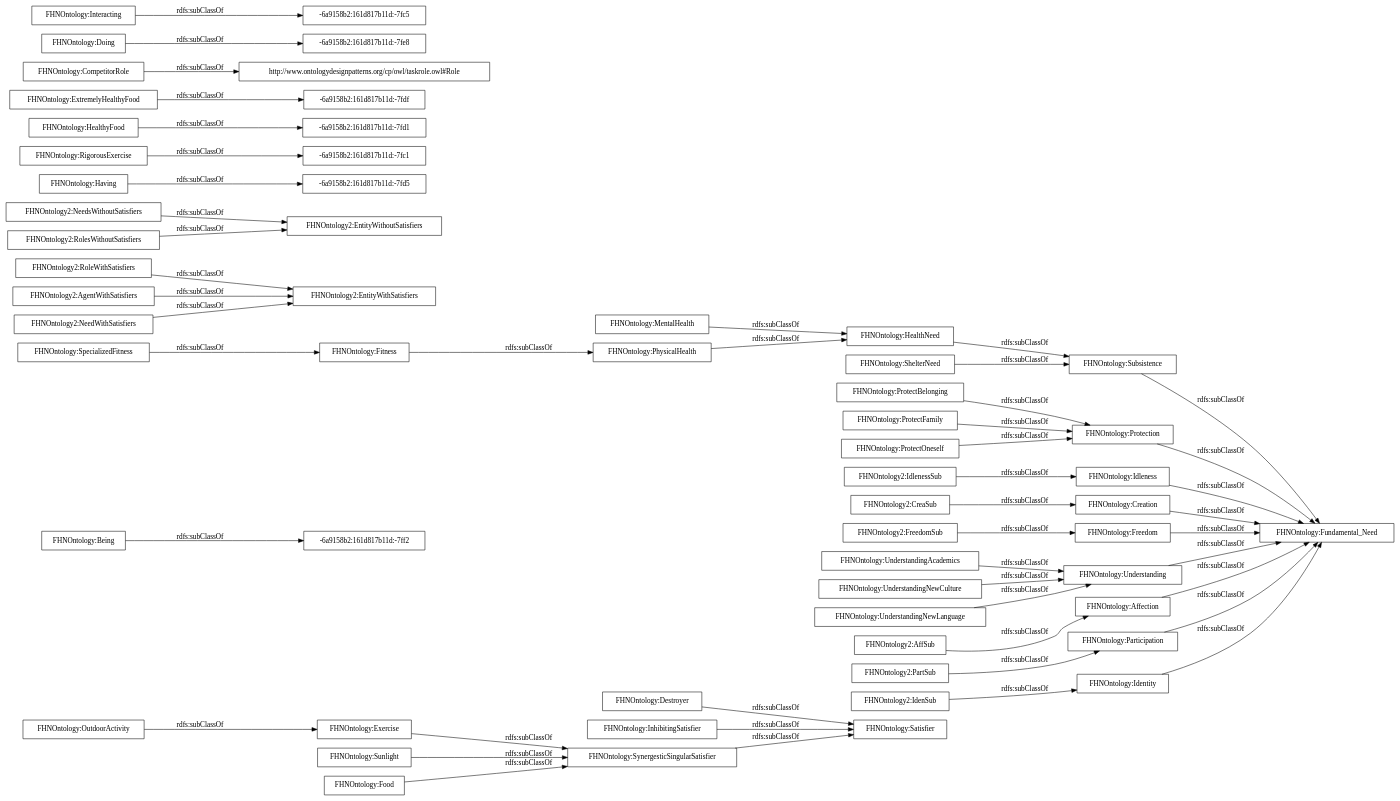
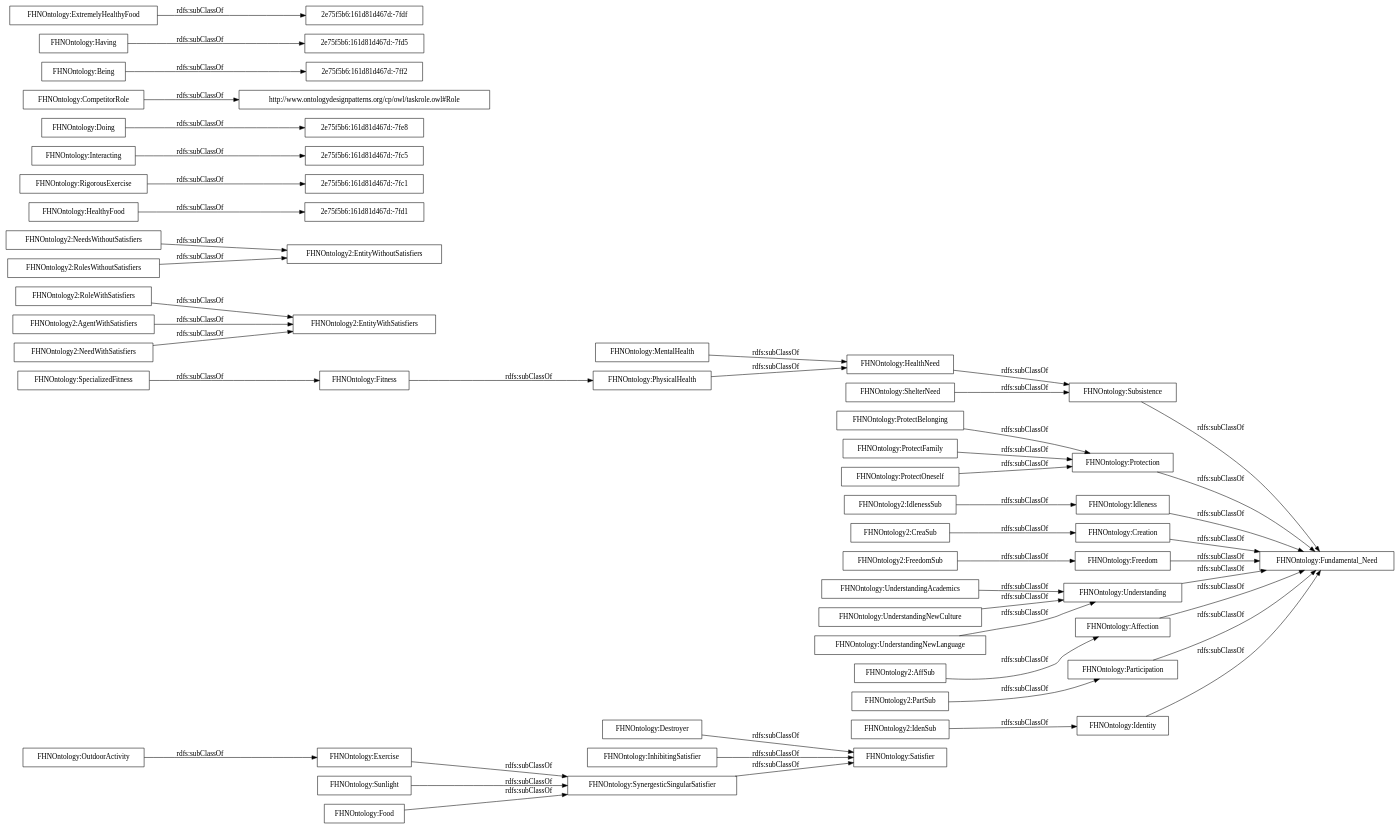
One commit to rana-othman/Huam-Affective-States-and-their-influences-Ontology-HASIO changed the diagram in OnToology/FHNOntology.owl/diagrams/ar2dtool-taxonomy/FHNOntology.owl.png.dot. Above: the diagram before and after it, drawn with Graphviz. The commit also changed 137 other files, not shown here.

```diff
--- a/OnToology/FHNOntology.owl/diagrams/ar2dtool-taxonomy/FHNOntology.owl.png.dot
+++ b/OnToology/FHNOntology.owl/diagrams/ar2dtool-taxonomy/FHNOntology.owl.png.dot
@@ -1,53 +1,53 @@
 digraph ar2dtool_diagram { 
 rankdir=LR;
 size="1000"
-node [shape = rectangle, color="black"]; "FHNOntology:SynergesticSingularSatisfier" "-6a9158b2:161d817b11d:-7ff2" "FHNOntology:Identity" "FHNOntology2:EntityWithSatisfiers" "FHNOntology2:FreedomSub" "FHNOntology2:NeedsWithoutSatisfiers" "-6a9158b2:161d817b11d:-7fd5" "FHNOntology:Exercise" "FHNOntology:ProtectBelonging" "FHNOntology:ProtectFamily" "FHNOntology:Destroyer" "FHNOntology2:IdenSub" "FHNOntology:Subsistence" "FHNOntology:OutdoorActivity" "FHNOntology2:RolesWithoutSatisfiers" "FHNOntology2:CreaSub" "FHNOntology:RigorousExercise" "FHNOntology2:PartSub" "FHNOntology2:RoleWithSatisfiers" "FHNOntology:Fitness" "FHNOntology:Protection" "FHNOntology:Fundamental_Need" "FHNOntology:SpecializedFitness" "-6a9158b2:161d817b11d:-7fd1" "FHNOntology2:EntityWithoutSatisfiers" "-6a9158b2:161d817b11d:-7fdf" "FHNOntology2:IdlenessSub" "http://www.ontologydesignpatterns.org/cp/owl/taskrole.owl#Role" "FHNOntology:UnderstandingAcademics" "FHNOntology:InhibitingSatisfier" "FHNOntology:Idleness" "FHNOntology:Creation" "FHNOntology:Being" "FHNOntology:Freedom" "FHNOntology:UnderstandingNewCulture" "FHNOntology:MentalHealth" "FHNOntology:Understanding" "FHNOntology:HealthyFood" "FHNOntology:Affection" "FHNOntology:Satisfier" "-6a9158b2:161d817b11d:-7fe8" "FHNOntology2:AgentWithSatisfiers" "FHNOntology:UnderstandingNewLanguage" "FHNOntology:HealthNeed" "FHNOntology2:NeedWithSatisfiers" "FHNOntology:PhysicalHealth" "FHNOntology:Doing" "FHNOntology:Interacting" "FHNOntology2:AffSub" "FHNOntology:ShelterNeed" "FHNOntology:CompetitorRole" "FHNOntology:Having" "FHNOntology:ProtectOneself" "FHNOntology:Sunlight" "FHNOntology:Food" "FHNOntology:Participation" "-6a9158b2:161d817b11d:-7fc1" "-6a9158b2:161d817b11d:-7fc5" "FHNOntology:ExtremelyHealthyFood" ; /*classes style*/
-	"FHNOntology:Interacting" -> "-6a9158b2:161d817b11d:-7fc5" [ label = "rdfs:subClassOf" ];
+node [shape = rectangle, color="black"]; "FHNOntology:SynergesticSingularSatisfier" "FHNOntology:Identity" "FHNOntology2:EntityWithSatisfiers" "FHNOntology2:FreedomSub" "FHNOntology2:NeedsWithoutSatisfiers" "FHNOntology:Exercise" "FHNOntology:ProtectBelonging" "FHNOntology:ProtectFamily" "FHNOntology:Destroyer" "FHNOntology2:IdenSub" "FHNOntology:Subsistence" "FHNOntology:OutdoorActivity" "FHNOntology2:RolesWithoutSatisfiers" "2e75f5b6:161d81d467d:-7fd1" "FHNOntology2:CreaSub" "FHNOntology:RigorousExercise" "FHNOntology2:PartSub" "FHNOntology2:RoleWithSatisfiers" "FHNOntology:Fitness" "2e75f5b6:161d81d467d:-7fc5" "FHNOntology:Protection" "2e75f5b6:161d81d467d:-7fe8" "FHNOntology:Fundamental_Need" "FHNOntology:SpecializedFitness" "FHNOntology2:EntityWithoutSatisfiers" "FHNOntology2:IdlenessSub" "http://www.ontologydesignpatterns.org/cp/owl/taskrole.owl#Role" "FHNOntology:UnderstandingAcademics" "FHNOntology:InhibitingSatisfier" "FHNOntology:Idleness" "FHNOntology:Creation" "FHNOntology:Being" "FHNOntology:Freedom" "FHNOntology:UnderstandingNewCulture" "FHNOntology:MentalHealth" "FHNOntology:Understanding" "2e75f5b6:161d81d467d:-7ff2" "FHNOntology:HealthyFood" "2e75f5b6:161d81d467d:-7fd5" "FHNOntology:Affection" "FHNOntology:Satisfier" "FHNOntology2:AgentWithSatisfiers" "FHNOntology:UnderstandingNewLanguage" "FHNOntology:HealthNeed" "FHNOntology2:NeedWithSatisfiers" "FHNOntology:PhysicalHealth" "FHNOntology:Doing" "FHNOntology:Interacting" "FHNOntology2:AffSub" "FHNOntology:ShelterNeed" "FHNOntology:CompetitorRole" "FHNOntology:Having" "FHNOntology:ProtectOneself" "2e75f5b6:161d81d467d:-7fdf" "FHNOntology:Sunlight" "FHNOntology:Food" "FHNOntology:Participation" "2e75f5b6:161d81d467d:-7fc1" "FHNOntology:ExtremelyHealthyFood" ; /*classes style*/
+	"FHNOntology:Interacting" -> "2e75f5b6:161d81d467d:-7fc5" [ label = "rdfs:subClassOf" ];
 	"FHNOntology:UnderstandingNewCulture" -> "FHNOntology:Understanding" [ label = "rdfs:subClassOf" ];
 	"FHNOntology:PhysicalHealth" -> "FHNOntology:HealthNeed" [ label = "rdfs:subClassOf" ];
 	"FHNOntology:Creation" -> "FHNOntology:Fundamental_Need" [ label = "rdfs:subClassOf" ];
 	"FHNOntology:Exercise" -> "FHNOntology:SynergesticSingularSatisfier" [ label = "rdfs:subClassOf" ];
 	"FHNOntology:Food" -> "FHNOntology:SynergesticSingularSatisfier" [ label = "rdfs:subClassOf" ];
 	"FHNOntology:Affection" -> "FHNOntology:Fundamental_Need" [ label = "rdfs:subClassOf" ];
 	"FHNOntology:Identity" -> "FHNOntology:Fundamental_Need" [ label = "rdfs:subClassOf" ];
 	"FHNOntology:UnderstandingAcademics" -> "FHNOntology:Understanding" [ label = "rdfs:subClassOf" ];
 	"FHNOntology2:FreedomSub" -> "FHNOntology:Freedom" [ label = "rdfs:subClassOf" ];
 	"FHNOntology2:RolesWithoutSatisfiers" -> "FHNOntology2:EntityWithoutSatisfiers" [ label = "rdfs:subClassOf" ];
 	"FHNOntology:InhibitingSatisfier" -> "FHNOntology:Satisfier" [ label = "rdfs:subClassOf" ];
-	"FHNOntology:Being" -> "-6a9158b2:161d817b11d:-7ff2" [ label = "rdfs:subClassOf" ];
+	"FHNOntology:Being" -> "2e75f5b6:161d81d467d:-7ff2" [ label = "rdfs:subClassOf" ];
 	"FHNOntology2:NeedWithSatisfiers" -> "FHNOntology2:EntityWithSatisfiers" [ label = "rdfs:subClassOf" ];
 	"FHNOntology:Subsistence" -> "FHNOntology:Fundamental_Need" [ label = "rdfs:subClassOf" ];
 	"FHNOntology:Participation" -> "FHNOntology:Fundamental_Need" [ label = "rdfs:subClassOf" ];
-	"FHNOntology:Doing" -> "-6a9158b2:161d817b11d:-7fe8" [ label = "rdfs:subClassOf" ];
+	"FHNOntology:Doing" -> "2e75f5b6:161d81d467d:-7fe8" [ label = "rdfs:subClassOf" ];
 	"FHNOntology:SpecializedFitness" -> "FHNOntology:Fitness" [ label = "rdfs:subClassOf" ];
 	"FHNOntology:ShelterNeed" -> "FHNOntology:Subsistence" [ label = "rdfs:subClassOf" ];
 	"FHNOntology:Understanding" -> "FHNOntology:Fundamental_Need" [ label = "rdfs:subClassOf" ];
 	"FHNOntology:Fitness" -> "FHNOntology:PhysicalHealth" [ label = "rdfs:subClassOf" ];
 	"FHNOntology:UnderstandingNewLanguage" -> "FHNOntology:Understanding" [ label = "rdfs:subClassOf" ];
 	"FHNOntology:Destroyer" -> "FHNOntology:Satisfier" [ label = "rdfs:subClassOf" ];
 	"FHNOntology2:RoleWithSatisfiers" -> "FHNOntology2:EntityWithSatisfiers" [ label = "rdfs:subClassOf" ];
 	"FHNOntology:CompetitorRole" -> "http://www.ontologydesignpatterns.org/cp/owl/taskrole.owl#Role" [ label = "rdfs:subClassOf" ];
 	"FHNOntology:ProtectFamily" -> "FHNOntology:Protection" [ label = "rdfs:subClassOf" ];
 	"FHNOntology:MentalHealth" -> "FHNOntology:HealthNeed" [ label = "rdfs:subClassOf" ];
 	"FHNOntology2:AgentWithSatisfiers" -> "FHNOntology2:EntityWithSatisfiers" [ label = "rdfs:subClassOf" ];
 	"FHNOntology2:PartSub" -> "FHNOntology:Participation" [ label = "rdfs:subClassOf" ];
 	"FHNOntology2:NeedsWithoutSatisfiers" -> "FHNOntology2:EntityWithoutSatisfiers" [ label = "rdfs:subClassOf" ];
 	"FHNOntology:Protection" -> "FHNOntology:Fundamental_Need" [ label = "rdfs:subClassOf" ];
 	"FHNOntology2:IdlenessSub" -> "FHNOntology:Idleness" [ label = "rdfs:subClassOf" ];
 	"FHNOntology:ProtectOneself" -> "FHNOntology:Protection" [ label = "rdfs:subClassOf" ];
 	"FHNOntology2:IdenSub" -> "FHNOntology:Identity" [ label = "rdfs:subClassOf" ];
 	"FHNOntology2:AffSub" -> "FHNOntology:Affection" [ label = "rdfs:subClassOf" ];
 	"FHNOntology:SynergesticSingularSatisfier" -> "FHNOntology:Satisfier" [ label = "rdfs:subClassOf" ];
 	"FHNOntology:OutdoorActivity" -> "FHNOntology:Exercise" [ label = "rdfs:subClassOf" ];
 	"FHNOntology:Freedom" -> "FHNOntology:Fundamental_Need" [ label = "rdfs:subClassOf" ];
 	"FHNOntology:HealthNeed" -> "FHNOntology:Subsistence" [ label = "rdfs:subClassOf" ];
 	"FHNOntology2:CreaSub" -> "FHNOntology:Creation" [ label = "rdfs:subClassOf" ];
-	"FHNOntology:RigorousExercise" -> "-6a9158b2:161d817b11d:-7fc1" [ label = "rdfs:subClassOf" ];
-	"FHNOntology:ExtremelyHealthyFood" -> "-6a9158b2:161d817b11d:-7fdf" [ label = "rdfs:subClassOf" ];
-	"FHNOntology:Having" -> "-6a9158b2:161d817b11d:-7fd5" [ label = "rdfs:subClassOf" ];
+	"FHNOntology:RigorousExercise" -> "2e75f5b6:161d81d467d:-7fc1" [ label = "rdfs:subClassOf" ];
+	"FHNOntology:ExtremelyHealthyFood" -> "2e75f5b6:161d81d467d:-7fdf" [ label = "rdfs:subClassOf" ];
+	"FHNOntology:Having" -> "2e75f5b6:161d81d467d:-7fd5" [ label = "rdfs:subClassOf" ];
 	"FHNOntology:Idleness" -> "FHNOntology:Fundamental_Need" [ label = "rdfs:subClassOf" ];
 	"FHNOntology:ProtectBelonging" -> "FHNOntology:Protection" [ label = "rdfs:subClassOf" ];
 	"FHNOntology:Sunlight" -> "FHNOntology:SynergesticSingularSatisfier" [ label = "rdfs:subClassOf" ];
-	"FHNOntology:HealthyFood" -> "-6a9158b2:161d817b11d:-7fd1" [ label = "rdfs:subClassOf" ];
+	"FHNOntology:HealthyFood" -> "2e75f5b6:161d81d467d:-7fd1" [ label = "rdfs:subClassOf" ];
 
 }
```
